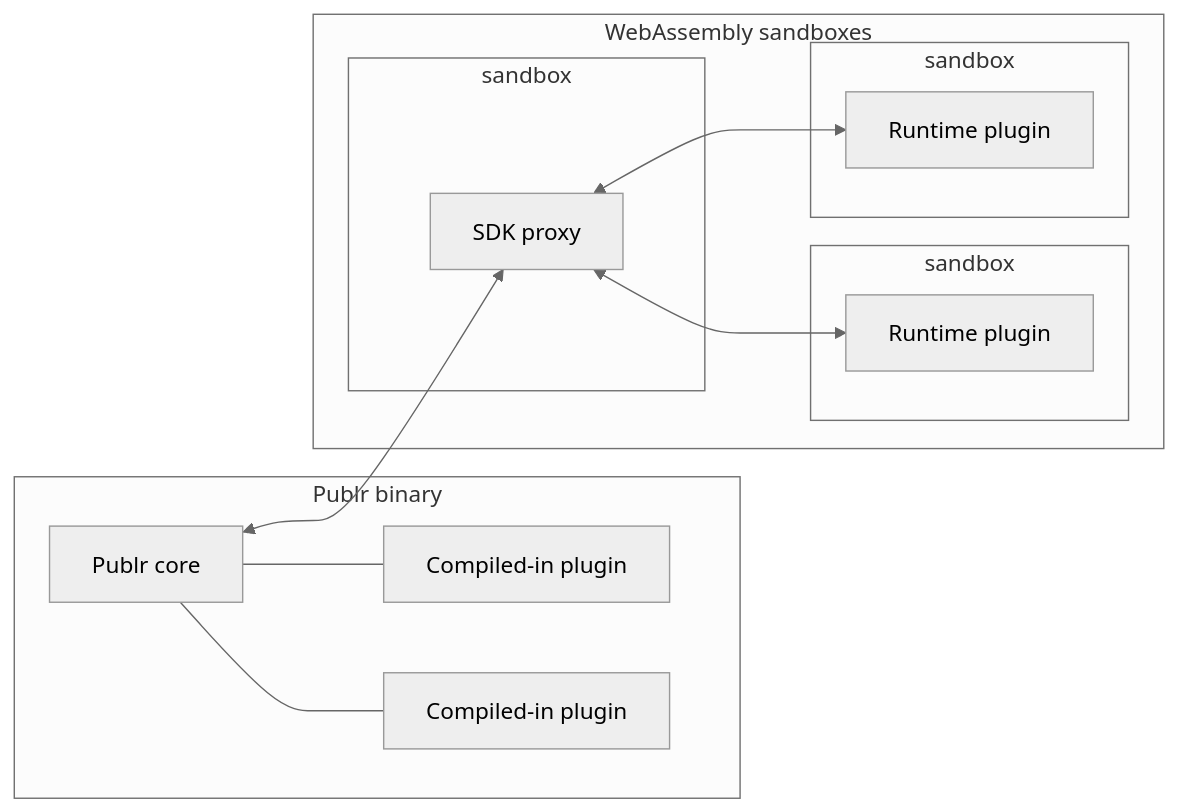
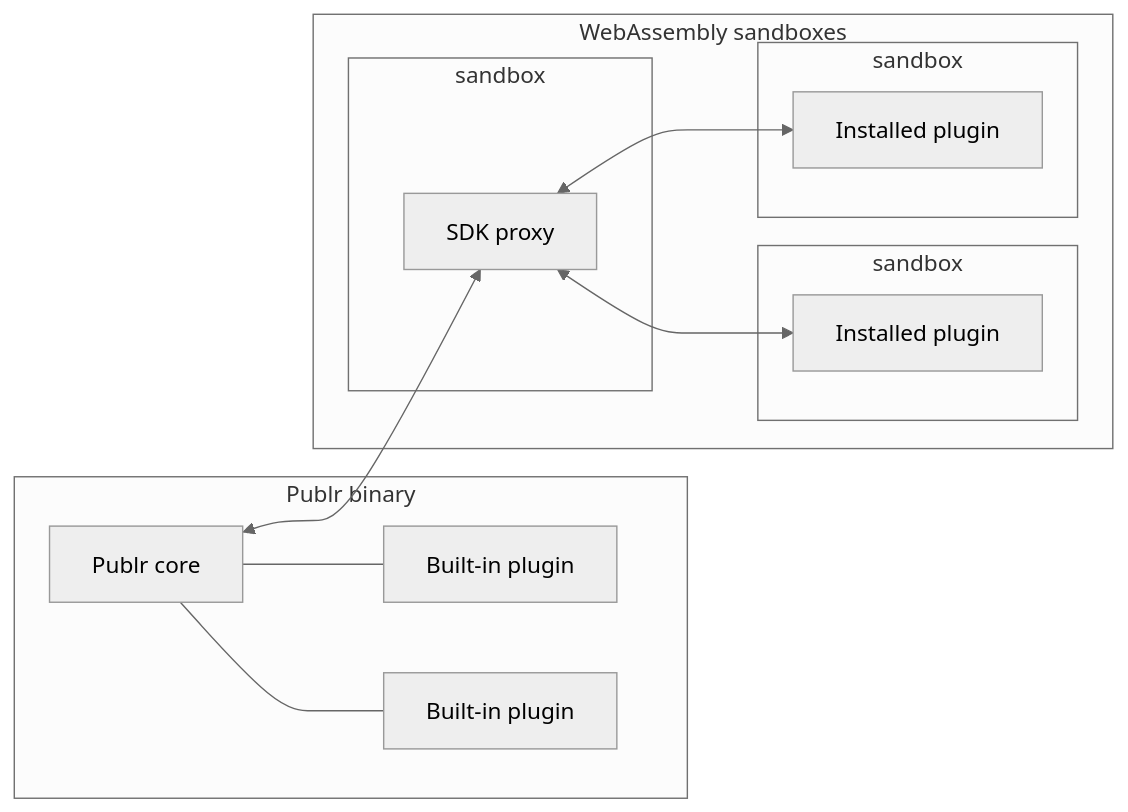
One commit to publr-org/publr changed the first of 2 diagrams in docs/plugins.md. Above: the diagram before and after it, drawn with Mermaid (neutral theme). The commit also changed other lines of this file and 84 other files, not shown here.

Commit message:
Plugins in a WebAssembly sandbox: installed at runtime, each permission granted and revoked, updates with roll back

````diff
--- a/docs/plugins.md
+++ b/docs/plugins.md
@@ -6,24 +11,24 @@
 ```mermaid
 flowchart LR
     subgraph Binary["Publr binary"]
         Core[Publr core]
-        CI1[Compiled-in plugin]
-        CI2[Compiled-in plugin]
+        CI1[Built-in plugin]
+        CI2[Built-in plugin]
     end
     subgraph Sandboxes["WebAssembly sandboxes"]
         subgraph S0["sandbox"]
             SDK[SDK proxy]
         end
         subgraph S1["sandbox"]
-            RP1[Runtime plugin]
+            RP1[Installed plugin]
         end
         subgraph S2["sandbox"]
-            RP2[Runtime plugin]
+            RP2[Installed plugin]
         end
     end
     Core --- CI1
     Core --- CI2
     Core <--> SDK
     SDK <--> RP1
     SDK <--> RP2
 ```
````
